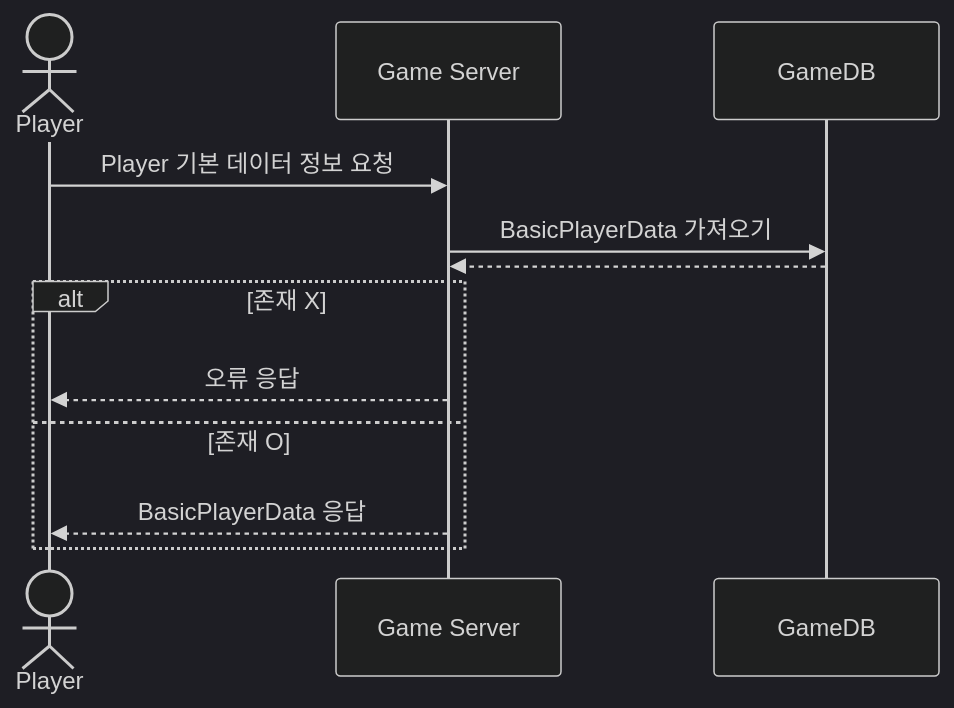
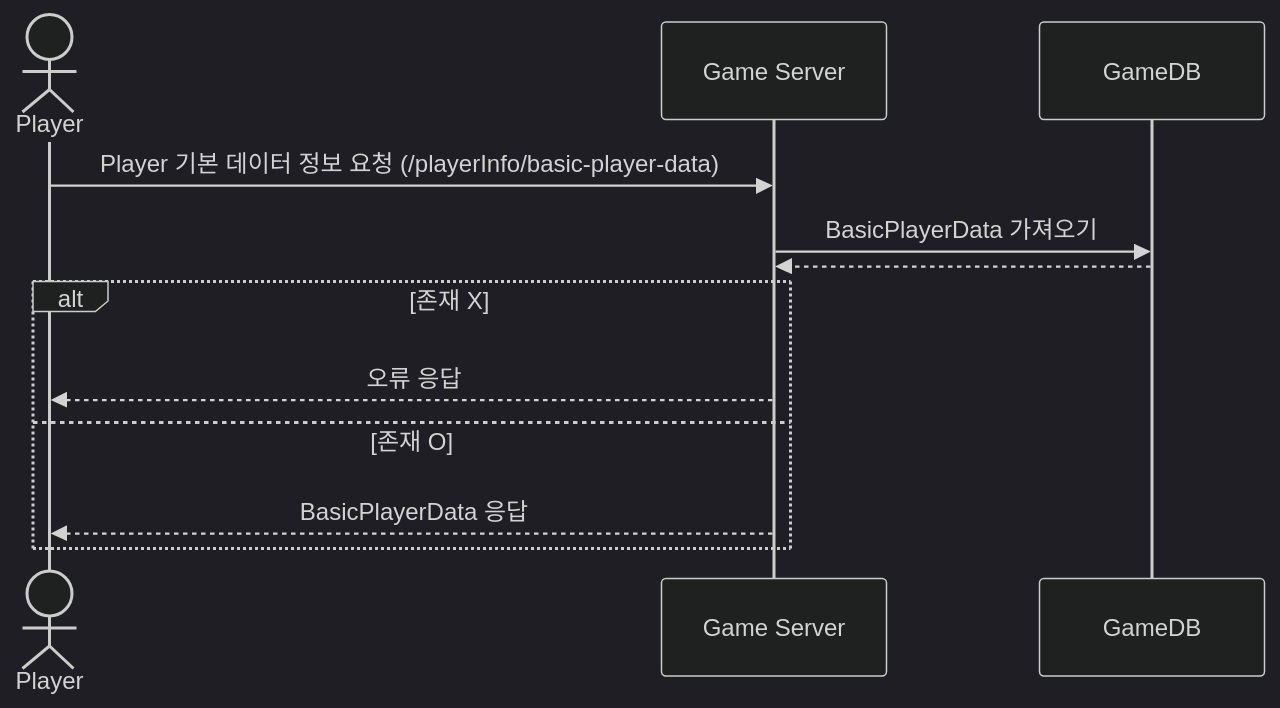
One commit to yujinS0/Omok-Game changed the first of 2 diagrams in SequenceDiagram/PlayerInfo.md. Above: the diagram before and after it, drawn with Mermaid (dark theme). The commit also changed other lines of this file, not shown here.

````diff
--- a/SequenceDiagram/PlayerInfo.md
+++ b/SequenceDiagram/PlayerInfo.md
@@ -7,15 +7,15 @@
 ```mermaid
 sequenceDiagram
 	actor Player
 	participant Game Server
   	participant GameDB
 
-	Player ->> Game Server : Player 기본 데이터 정보 요청
+	Player ->> Game Server : Player 기본 데이터 정보 요청 (/playerInfo/basic-player-data)
 	Game Server ->> GameDB : BasicPlayerData 가져오기
 	GameDB -->> Game Server : 
 	alt 존재 X
 		Game Server -->> Player : 오류 응답
 	else 존재 O
 		Game Server -->> Player : BasicPlayerData 응답
 	end
 ```
````
